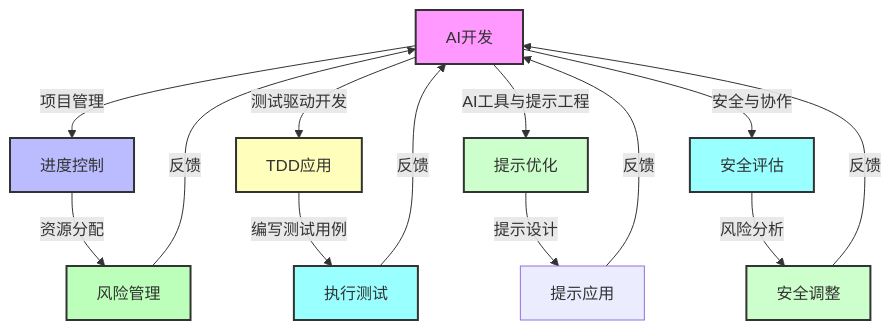
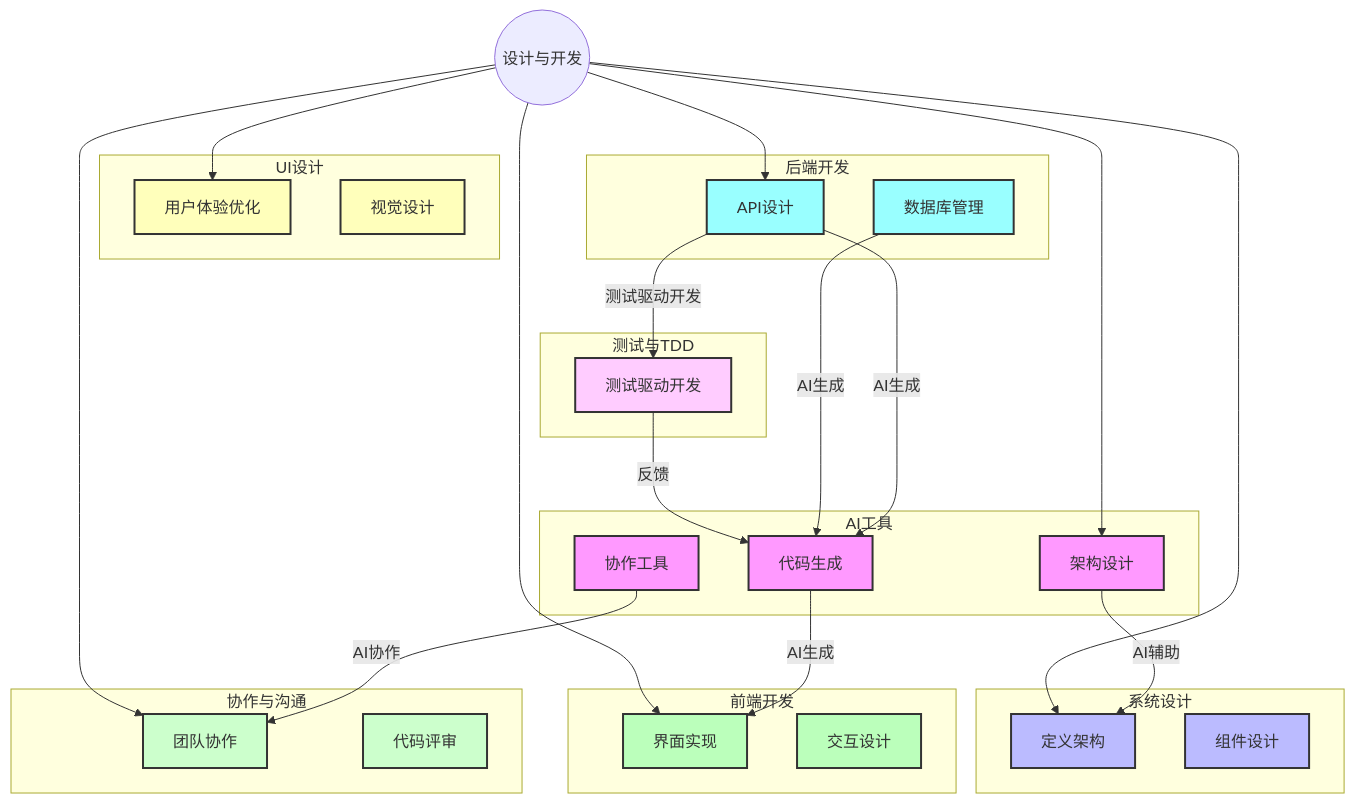
One commit to wutongci/cursor-courses changed the fourth of 8 diagrams in advanced/前言.md. Above: the diagram before and after it, drawn with Mermaid. The commit also changed other lines of this file, not shown here.

````diff
--- a/advanced/前言.md
+++ b/advanced/前言.md
@@ -105,26 +153,59 @@
 ```mermaid
 graph TD;
-    AI开发 -->|项目管理| 进度控制
-    进度控制 -->|资源分配| 风险管理
-    风险管理 -->|反馈| AI开发
-
-    AI开发 -->|测试驱动开发| TDD应用
-    TDD应用 -->|编写测试用例| 执行测试
-    执行测试 -->|反馈| AI开发
-
-    AI开发 -->|AI工具与提示工程| 提示优化
-    提示优化 -->|提示设计| 提示应用
-    提示应用 -->|反馈| AI开发
-
-    AI开发 -->|安全与协作| 安全评估
-    安全评估 -->|风险分析| 安全调整
-    安全调整 -->|反馈| AI开发
-    style AI开发 fill:#f9f,stroke:#333,stroke-width:2px;
-    style 进度控制 fill:#bbf,stroke:#333,stroke-width:2px;
-    style 风险管理 fill:#bfb,stroke:#333,stroke-width:2px;
-    style TDD应用 fill:#ffb,stroke:#333,stroke-width:2px;
-    style 执行测试 fill:#9ff,stroke:#333,stroke-width:2px;
-    style 提示优化 fill:#cfc,stroke:#333,stroke-width:2px;
-    style 安全评估 fill:#9ff,stroke:#333,stroke-width:2px;
-    style 安全调整 fill:#cfc,stroke:#333,stroke-width:2px;
+    A((设计与开发))
+    subgraph AI工具
+        C[架构设计]
+        D[代码生成]
+        E[协作工具]
+    end
+    subgraph 系统设计
+        F[定义架构]
+        G[组件设计]
+    end
+    subgraph 前端开发
+        H[界面实现]
+        I[交互设计]
+    end
+    subgraph UI设计
+        J[用户体验优化]
+        K[视觉设计]
+    end
+    subgraph 后端开发
+        L[API设计]
+        M[数据库管理]
+    end
+    subgraph 协作与沟通
+        N[团队协作]
+        O[代码评审]
+    end
+    subgraph 测试与TDD
+        P[测试驱动开发]
+    end
+    A --> C
+    A --> F
+    A --> H
+    A --> J
+    A --> L
+    A --> N
+    L -->|测试驱动开发| P
+    P -->|反馈| D
+    M -->|AI生成| D
+    L -->|AI生成| D
+    C -->|AI辅助| F
+    D -->|AI生成| H
+    E -->|AI协作| N
+    style C fill:#f9f,stroke:#333,stroke-width:2px;
+    style D fill:#f9f,stroke:#333,stroke-width:2px;
+    style E fill:#f9f,stroke:#333,stroke-width:2px;
+    style F fill:#bbf,stroke:#333,stroke-width:2px;
+    style G fill:#bbf,stroke:#333,stroke-width:2px;
+    style H fill:#bfb,stroke:#333,stroke-width:2px;
+    style I fill:#bfb,stroke:#333,stroke-width:2px;
+    style J fill:#ffb,stroke:#333,stroke-width:2px;
+    style K fill:#ffb,stroke:#333,stroke-width:2px;
+    style L fill:#9ff,stroke:#333,stroke-width:2px;
+    style M fill:#9ff,stroke:#333,stroke-width:2px;
+    style N fill:#cfc,stroke:#333,stroke-width:2px;
+    style O fill:#cfc,stroke:#333,stroke-width:2px;
+    style P fill:#fcf,stroke:#333,stroke-width:2px;
 ```
````
